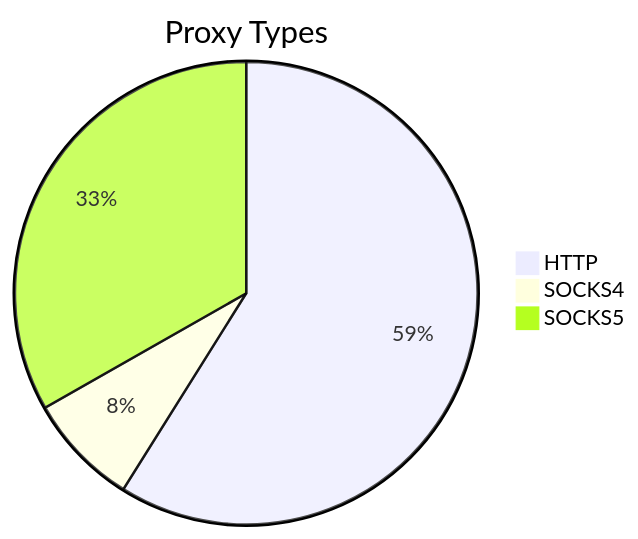
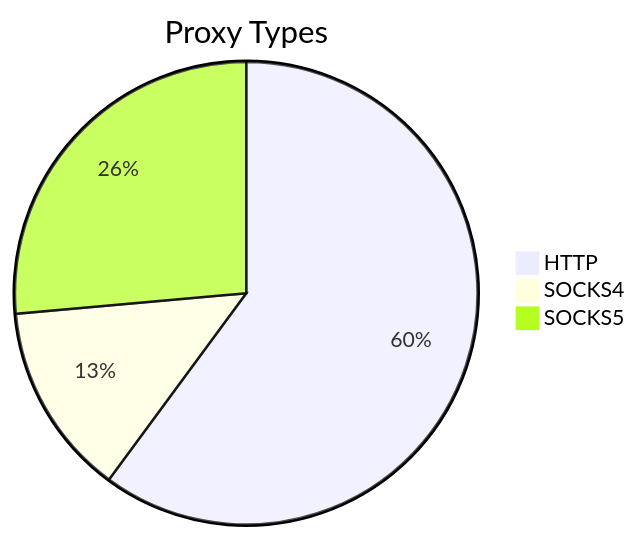
The first of 2 diagrams in README.md (stormsia/proxy-list), drawn with Mermaid before and after one commit. The commit also changed other lines of this file, not shown here.

````diff
--- a/README.md
+++ b/README.md
@@ -21,6 +21,6 @@
 ```mermaid
 pie title Proxy Types
-    "HTTP" : 195
-    "SOCKS4" : 26
-    "SOCKS5" : 110
+    "HTTP" : 223
+    "SOCKS4" : 50
+    "SOCKS5" : 98
 ```
````
